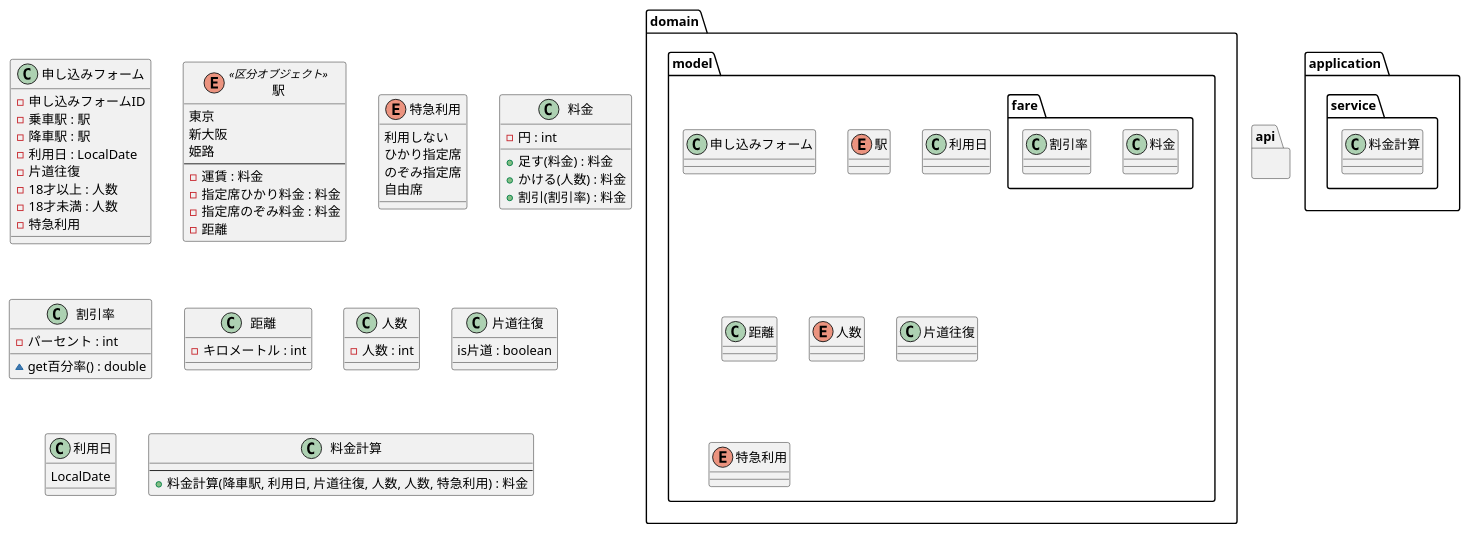
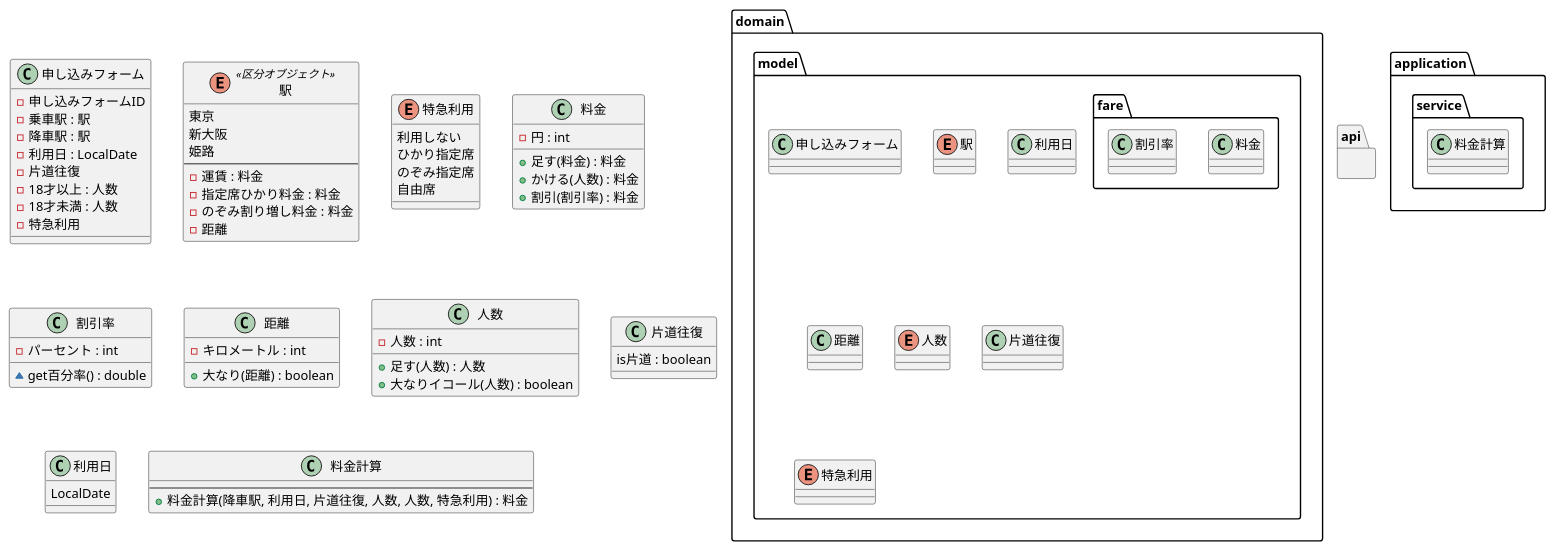
Before and after one commit to MiuraKotaro/jr-pricing: the diagram in uml/class.puml, drawn with PlantUML. The commit also changed 4 other files, not shown here.

```diff
--- a/uml/class.puml
+++ b/uml/class.puml
@@ -1,88 +1,93 @@
 @startuml
 
 package domain {
     package model {
 
         class 申し込みフォーム
         enum 駅
         package fare {
             class 料金
             class 割引率
         }
         class 利用日
         class 距離
         enum 人数
         class 片道往復
         enum 特急利用
     }
 
 }
 
 package application {
     package service {
         class 料金計算
     }
 }
 
 package api {
 }
 
 class 申し込みフォーム {
     - 申し込みフォームID
     - 乗車駅 : 駅
     - 降車駅 : 駅
     - 利用日 : LocalDate
     - 片道往復
     - 18才以上 : 人数
     - 18才未満 : 人数
     - 特急利用
 
 
 }
 enum 駅 <<区分オブジェクト>> {
     東京
     新大阪
     姫路
     --
     - 運賃 : 料金
     - 指定席ひかり料金 : 料金
-    - 指定席のぞみ料金 : 料金
+    - のぞみ割り増し料金 : 料金
     - 距離
 }
 enum 特急利用 {
     利用しない
     ひかり指定席
     のぞみ指定席
     自由席
 }
 class 料金 {
     - 円 : int
 
     + 足す(料金) : 料金
     + かける(人数) : 料金
     + 割引(割引率) : 料金
 }
 class 割引率 {
     - パーセント : int
 
     ~ get百分率() : double
 }
 class 距離 {
     - キロメートル : int
+
+    + 大なり(距離) : boolean
 }
 class 人数 {
     - 人数 : int
+
+    + 足す(人数) : 人数
+    + 大なりイコール(人数) : boolean
 }
 class 片道往復 {
     is片道 : boolean
 }
 class 利用日 {
     LocalDate
 }
 
 class 料金計算 {
     --
     + 料金計算(降車駅, 利用日, 片道往復, 人数, 人数, 特急利用) : 料金
 }
 
 @enduml
```
